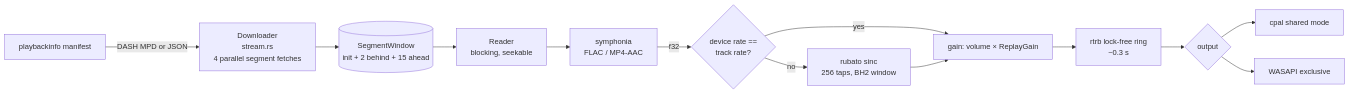
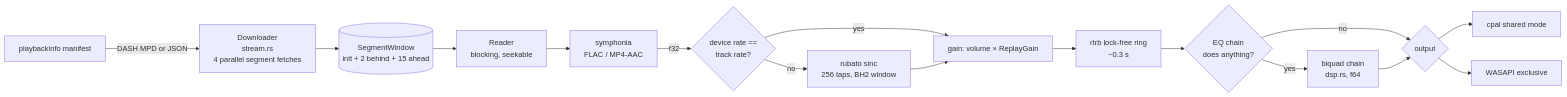
The diagram in docs/AUDIO.md (RaunaCO/Abyss), drawn with Mermaid before and after one commit. The commit also changed other lines of this file and 17 other files, not shown here.

````diff
--- a/docs/AUDIO.md
+++ b/docs/AUDIO.md
@@ -3,15 +3,17 @@
 ```mermaid
 flowchart LR
     M[playbackinfo manifest] -->|DASH MPD or JSON| SRC
     SRC[Downloader<br/>stream.rs<br/>4 parallel segment fetches] --> BUF[(SegmentWindow<br/>init + 2 behind + 15 ahead)]
     BUF --> R[Reader<br/>blocking, seekable]
     R --> DEC[symphonia<br/>FLAC / MP4-AAC]
     DEC -->|f32| RS{device rate ==<br/>track rate?}
     RS -- no --> RUB[rubato sinc<br/>256 taps, BH2 window]
     RS -- yes --> G
     RUB --> G[gain: volume × ReplayGain]
     G --> RING[rtrb lock-free ring<br/>~0.3 s]
-    RING --> OUT{output}
+    RING --> EQ{EQ chain<br/>does anything?}
+    EQ -- no --> OUT
+    EQ -- yes --> DSP[biquad chain<br/>dsp.rs, f64] --> OUT{output}
     OUT --> SH[cpal shared mode]
     OUT --> EX[WASAPI exclusive]
 ```
````
